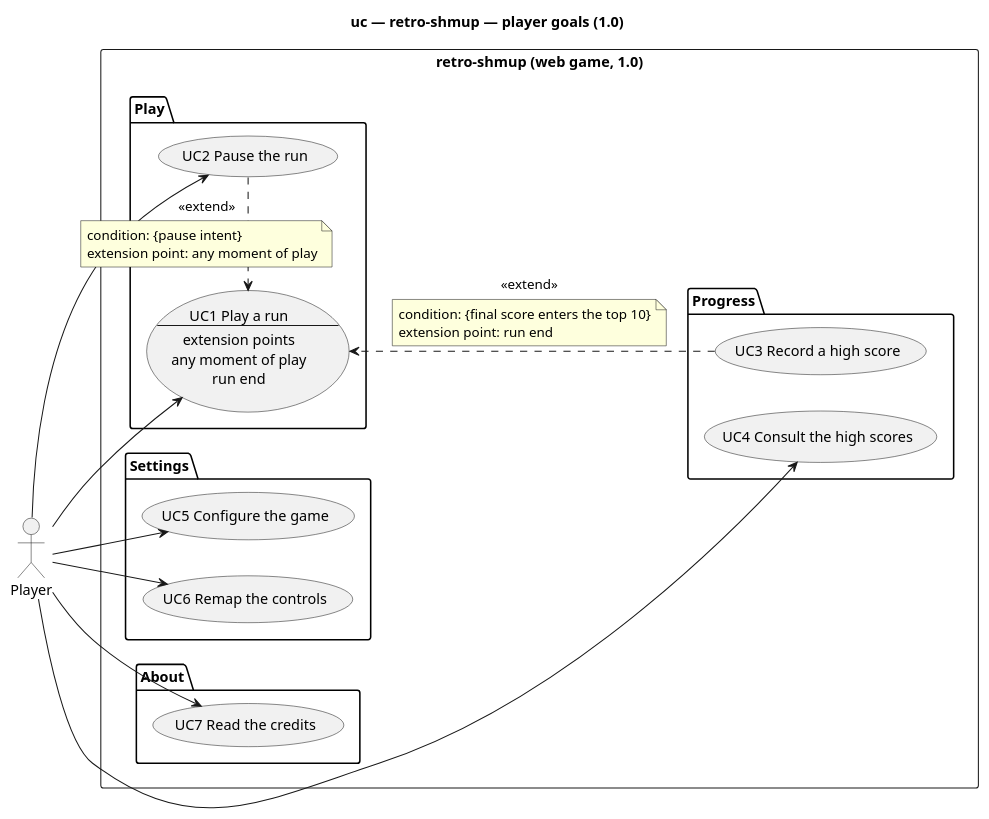
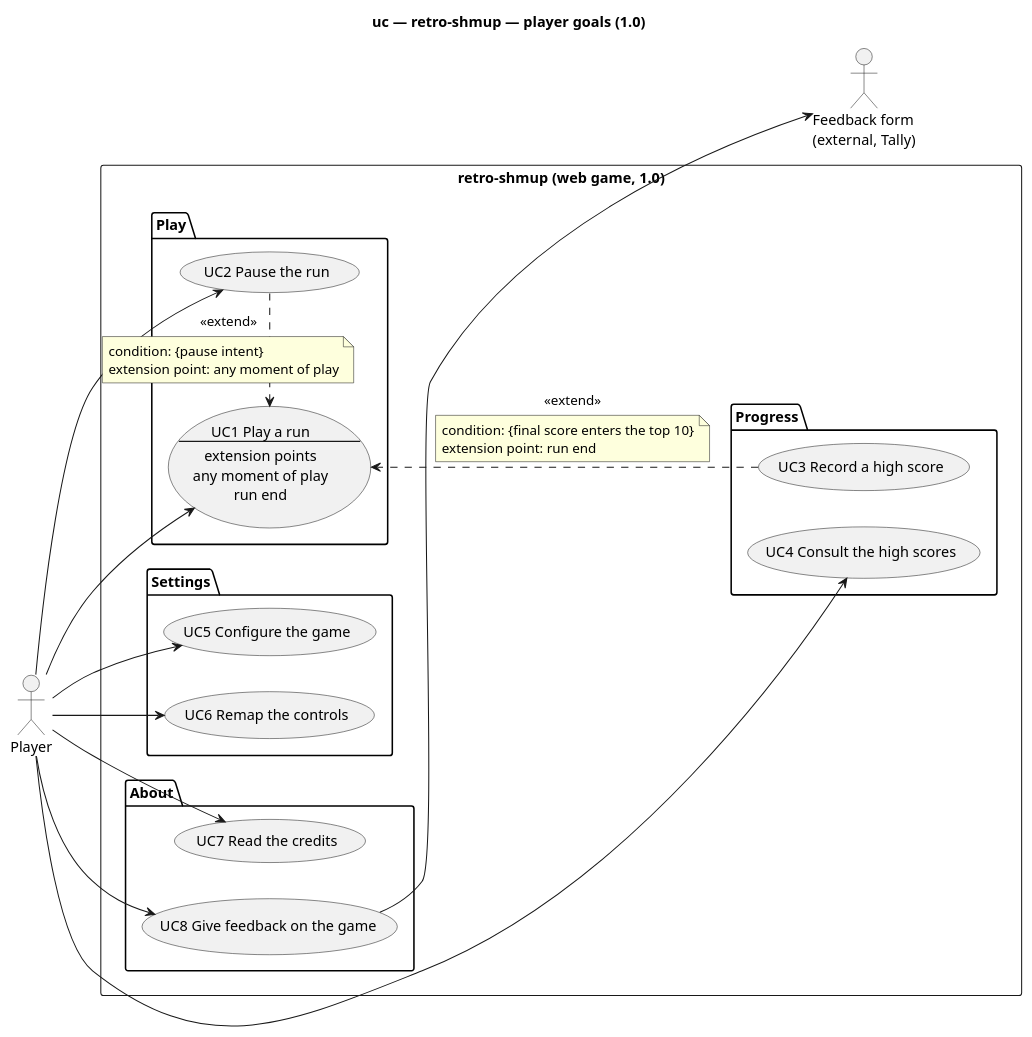
The diagram in docs/architecture/diagrams/system/01-use-case.puml (benoit-bremaud/retro-shmup), drawn with PlantUML before and after one commit. The commit also changed 12 other files, not shown here.

First line of the commit message:
docs(design): GDD v0.26, ADR-0027 and UML — country first and feedback form (#116)

```diff
--- a/docs/architecture/diagrams/system/01-use-case.puml
+++ b/docs/architecture/diagrams/system/01-use-case.puml
@@ -1,50 +1,54 @@
 @startuml 01-use-case
 title uc — retro-shmup — player goals (1.0)
 left to right direction
 skinparam shadowing false
 
 actor "Player" as Player
+actor "Feedback form\n(external, Tally)" as FeedbackForm
 
 rectangle "retro-shmup (web game, 1.0)" {
   package "Play" {
     usecase UC1 as "UC1 Play a run
     --
     extension points
     any moment of play
     run end"
     usecase "UC2 Pause the run" as UC2
   }
   package "Progress" {
     usecase "UC3 Record a high score" as UC3
     usecase "UC4 Consult the high scores" as UC4
   }
   package "Settings" {
     usecase "UC5 Configure the game" as UC5
     usecase "UC6 Remap the controls" as UC6
   }
   package "About" {
     usecase "UC7 Read the credits" as UC7
+    usecase "UC8 Give feedback on the game" as UC8
   }
 }
 
 Player --> UC1
 Player --> UC2
 Player --> UC4
 Player --> UC5
 Player --> UC6
 Player --> UC7
+Player --> UC8
+UC8 --> FeedbackForm
 
 ' layout only: keep Progress next to Play
 UC2 -[hidden]- UC3
 
 UC2 .> UC1 : <<extend>>
 note on link
   condition: {pause intent}
   extension point: any moment of play
 end note
 UC3 .> UC1 : <<extend>>
 note on link
   condition: {final score enters the top 10}
   extension point: run end
 end note
 @enduml
```
